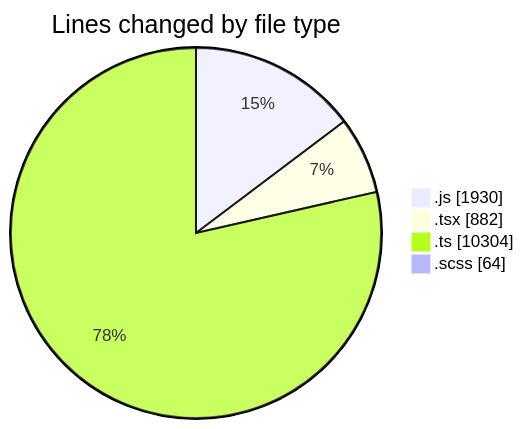
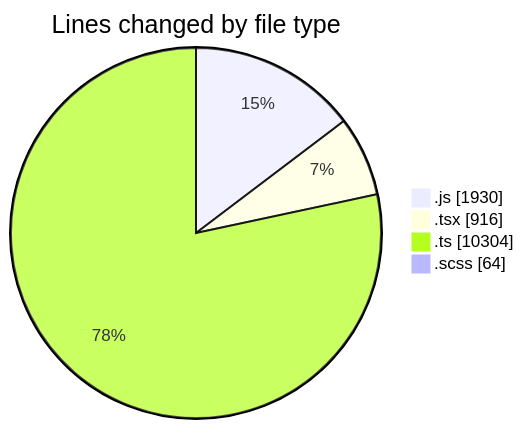
One commit to momahboobian/code-tracking changed the first of 2 diagrams in 2025-03-13/cda/README.md. Above: the diagram before and after it, drawn with Mermaid. The commit also changed other lines of this file and 1 other file, not shown here.

````diff
--- a/2025-03-13/cda/README.md
+++ b/2025-03-13/cda/README.md
@@ -33,8 +33,8 @@
 ```mermaid
 pie showData
 title Lines changed by file type
 ".js" : 1930
-".tsx" : 882
+".tsx" : 916
 ".ts" : 10304
 ".scss" : 64
 ```
````
